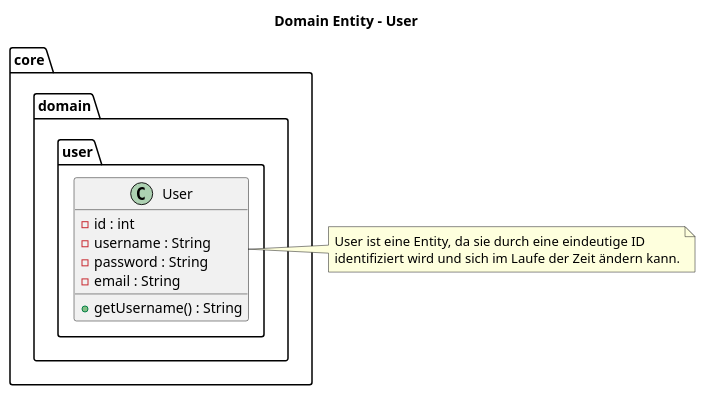
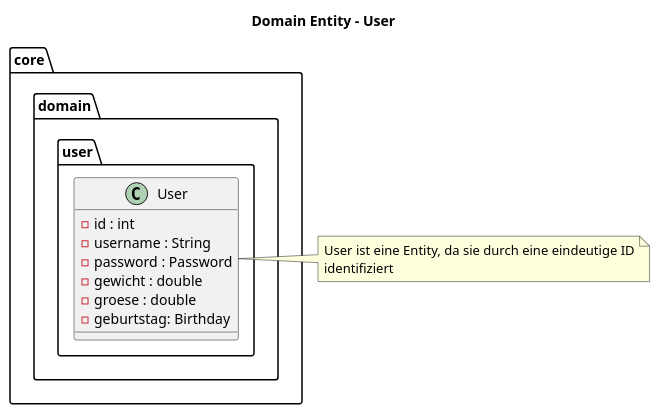
The diagram in protokoll/UML/kapitel6/user.puml (NeeroxZ/FitTrackPro_v2), drawn with PlantUML before and after one commit. The commit also changed 9 other files, not shown here.

```diff
--- a/protokoll/UML/kapitel6/user.puml
+++ b/protokoll/UML/kapitel6/user.puml
@@ -1,19 +1,20 @@
 @startuml User_Entity
 title Domain Entity – User
 
 package "core.domain.user" {
   class User {
     - id : int
     - username : String
-    - password : String
-    - email : String
-    + getUsername() : String
+    - password : Password
+    - gewicht : double
+    - groese : double
+    - geburtstag: Birthday
   }
 }
 
 note right of User
   User ist eine Entity, da sie durch eine eindeutige ID
-  identifiziert wird und sich im Laufe der Zeit ändern kann.
+  identifiziert
 end note
 
 @enduml
```
